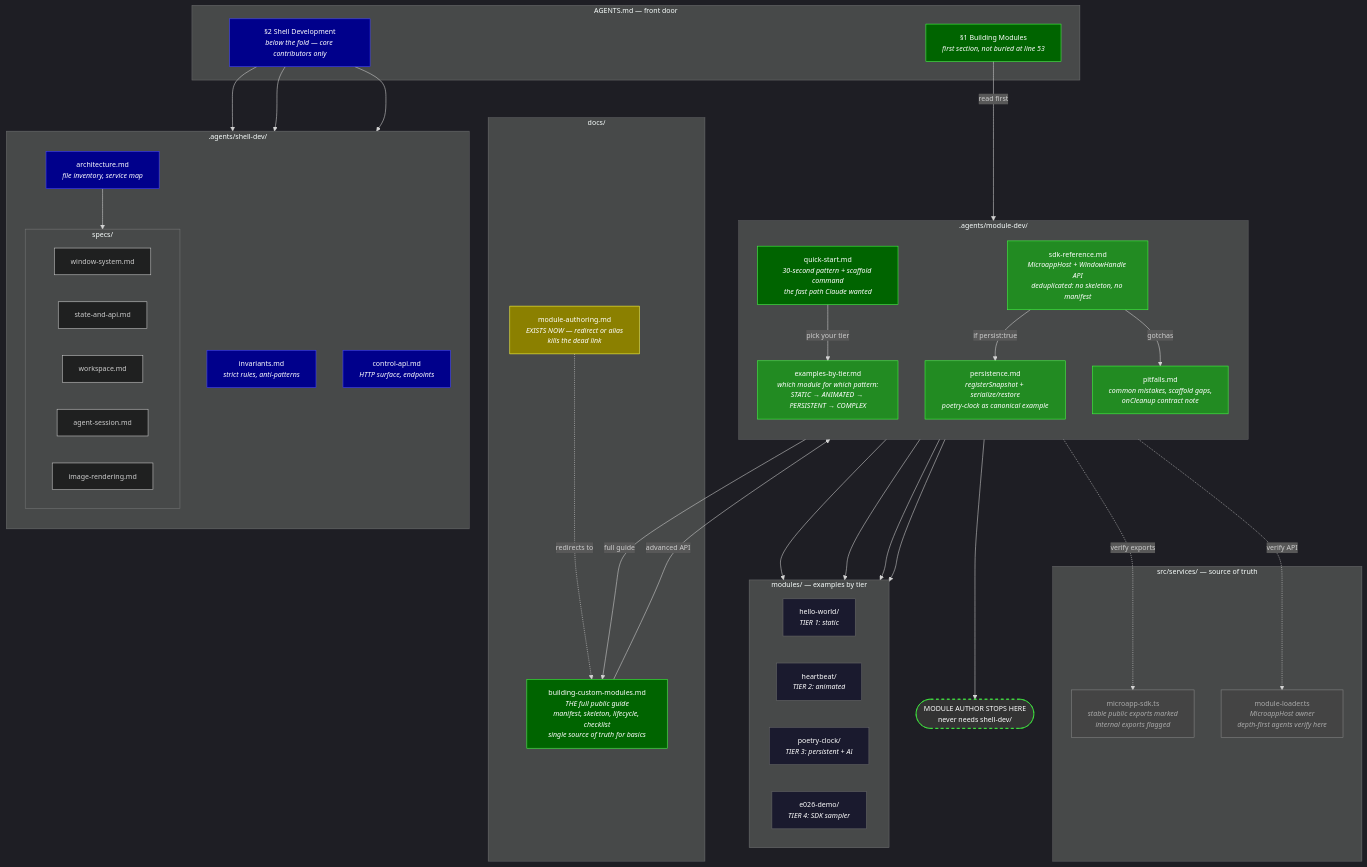
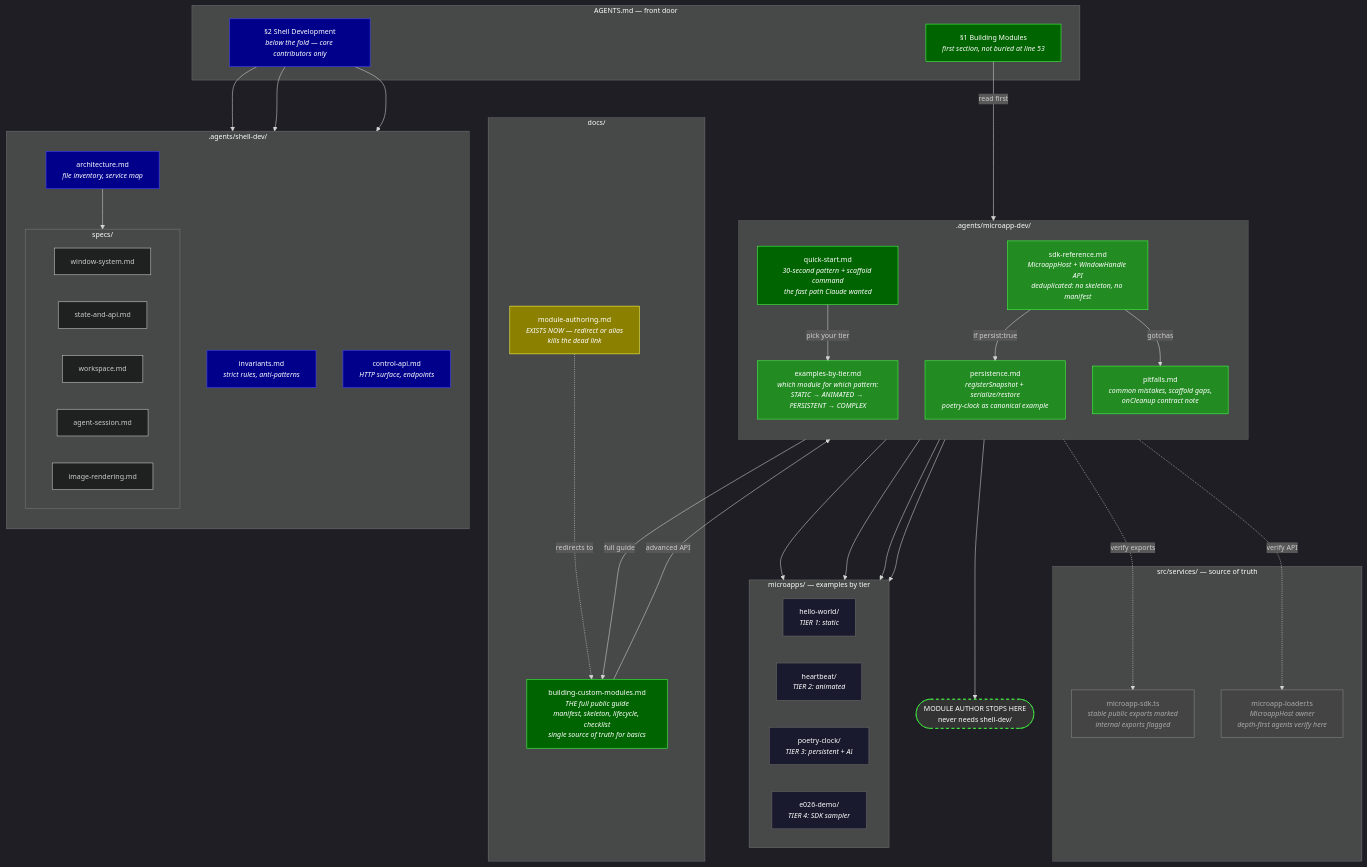
One commit to j-greig/wibandwob-dos changed the diagram in .planning/chores/.done/agents-docs-signposting/diagrams/v2-proposed-docs.mmd. Above: the diagram before and after it, drawn with Mermaid. The commit also changed 342 other files, not shown here.

Commit message:
refactor(microapp): rename runtime module surfaces

```diff
--- a/.planning/chores/.done/agents-docs-signposting/diagrams/v2-proposed-docs.mmd
+++ b/.planning/chores/.done/agents-docs-signposting/diagrams/v2-proposed-docs.mmd
@@ -1,95 +1,95 @@
 %%{init: {'theme': 'dark', 'themeVariables': {'fontSize': '13px', 'nodeTextColor': '#fff'}}}%%
 graph TD
     subgraph ENTRY["AGENTS.md — front door"]
         A_TOP["§1 Building Modules<br/><i>first section, not buried at line 53</i>"]
         A_CORE["§2 Shell Development<br/><i>below the fold — core contributors only</i>"]
     end
 
-    subgraph MODDEV[".agents/module-dev/"]
+    subgraph MODDEV[".agents/microapp-dev/"]
         direction TB
         QUICK["quick-start.md<br/><i>30-second pattern + scaffold command<br/>the fast path Claude wanted</i>"]
         TIERS["examples-by-tier.md<br/><i>which module for which pattern:<br/>STATIC → ANIMATED → PERSISTENT → COMPLEX</i>"]
         SDK_REF["sdk-reference.md<br/><i>MicroappHost + WindowHandle API<br/>deduplicated: no skeleton, no manifest</i>"]
         PERSIST["persistence.md<br/><i>registerSnapshot + serialize/restore<br/>poetry-clock as canonical example</i>"]
         PITFALLS["pitfalls.md<br/><i>common mistakes, scaffold gaps,<br/>onCleanup contract note</i>"]
     end
 
     subgraph PUBLIC["docs/"]
         BUILD_GUIDE["building-custom-modules.md<br/><i>THE full public guide<br/>manifest, skeleton, lifecycle, checklist<br/>single source of truth for basics</i>"]
         MODULE_AUTH["module-authoring.md<br/><i>EXISTS NOW — redirect or alias<br/>kills the dead link</i>"]
     end
 
-    subgraph MODULES["modules/ — examples by tier"]
+    subgraph MODULES["microapps/ — examples by tier"]
         direction LR
         T1["hello-world/<br/><i>TIER 1: static</i>"]
         T2["heartbeat/<br/><i>TIER 2: animated</i>"]
         T3["poetry-clock/<br/><i>TIER 3: persistent + AI</i>"]
         T4["e026-demo/<br/><i>TIER 4: SDK sampler</i>"]
     end
 
     subgraph SHELLDEV[".agents/shell-dev/"]
         direction TB
         ARCH["architecture.md<br/><i>file inventory, service map</i>"]
         INVAR["invariants.md<br/><i>strict rules, anti-patterns</i>"]
         CTLAPI["control-api.md<br/><i>HTTP surface, endpoints</i>"]
         subgraph SPECS["specs/"]
             S_WIN["window-system.md"]
             S_STATE["state-and-api.md"]
             S_WORK["workspace.md"]
             S_AGENT["agent-session.md"]
             S_IMG["image-rendering.md"]
         end
     end
 
     subgraph SDKSRC["src/services/ — source of truth"]
         SDK_TS["microapp-sdk.ts<br/><i>stable public exports marked<br/>internal exports flagged</i>"]
-        LOADER["module-loader.ts<br/><i>MicroappHost owner<br/>depth-first agents verify here</i>"]
+        LOADER["microapp-loader.ts<br/><i>MicroappHost owner<br/>depth-first agents verify here</i>"]
     end
 
     %% Module author path (green)
     A_TOP -->|"read first"| QUICK
     QUICK -->|"full guide"| BUILD_GUIDE
     QUICK -->|"pick your tier"| TIERS
     TIERS --> T1
     TIERS --> T2
     TIERS --> T3
     TIERS --> T4
     BUILD_GUIDE -->|"advanced API"| SDK_REF
     SDK_REF -->|"if persist:true"| PERSIST
     SDK_REF -->|"gotchas"| PITFALLS
     MODULE_AUTH -.->|"redirects to"| BUILD_GUIDE
 
     %% Shell dev path (blue)
     A_CORE --> ARCH
     A_CORE --> INVAR
     A_CORE --> CTLAPI
     ARCH --> SPECS
 
     %% Depth-first verification (grey, dashed)
     SDK_REF -.->|"verify exports"| SDK_TS
     PERSIST -.->|"verify API"| LOADER
 
     %% STOP signals
     STOP_MOD(["MODULE AUTHOR STOPS HERE<br/>never needs shell-dev/"])
     PITFALLS --> STOP_MOD
 
     %% Styling
     style A_TOP fill:#006400,color:#fff,stroke:#44ff44
     style QUICK fill:#006400,color:#fff,stroke:#44ff44
     style BUILD_GUIDE fill:#006400,color:#fff,stroke:#44ff44
     style TIERS fill:#228B22,color:#fff,stroke:#44ff44
     style SDK_REF fill:#228B22,color:#fff,stroke:#44ff44
     style PERSIST fill:#228B22,color:#fff,stroke:#44ff44
     style PITFALLS fill:#228B22,color:#fff,stroke:#44ff44
     style MODULE_AUTH fill:#8B8000,color:#fff,stroke:#ffff44
     style A_CORE fill:#00008b,color:#fff,stroke:#4444ff
     style ARCH fill:#00008b,color:#fff,stroke:#4444ff
     style INVAR fill:#00008b,color:#fff,stroke:#4444ff
     style CTLAPI fill:#00008b,color:#fff,stroke:#4444ff
     style SDK_TS fill:#444,color:#aaa,stroke:#888
     style LOADER fill:#444,color:#aaa,stroke:#888
     style STOP_MOD fill:#333,color:#fff,stroke:#44ff44,stroke-dasharray: 5 5
     style T1 fill:#1a1a2e,color:#fff,stroke:#666
     style T2 fill:#1a1a2e,color:#fff,stroke:#666
     style T3 fill:#1a1a2e,color:#fff,stroke:#666
     style T4 fill:#1a1a2e,color:#fff,stroke:#666
```
